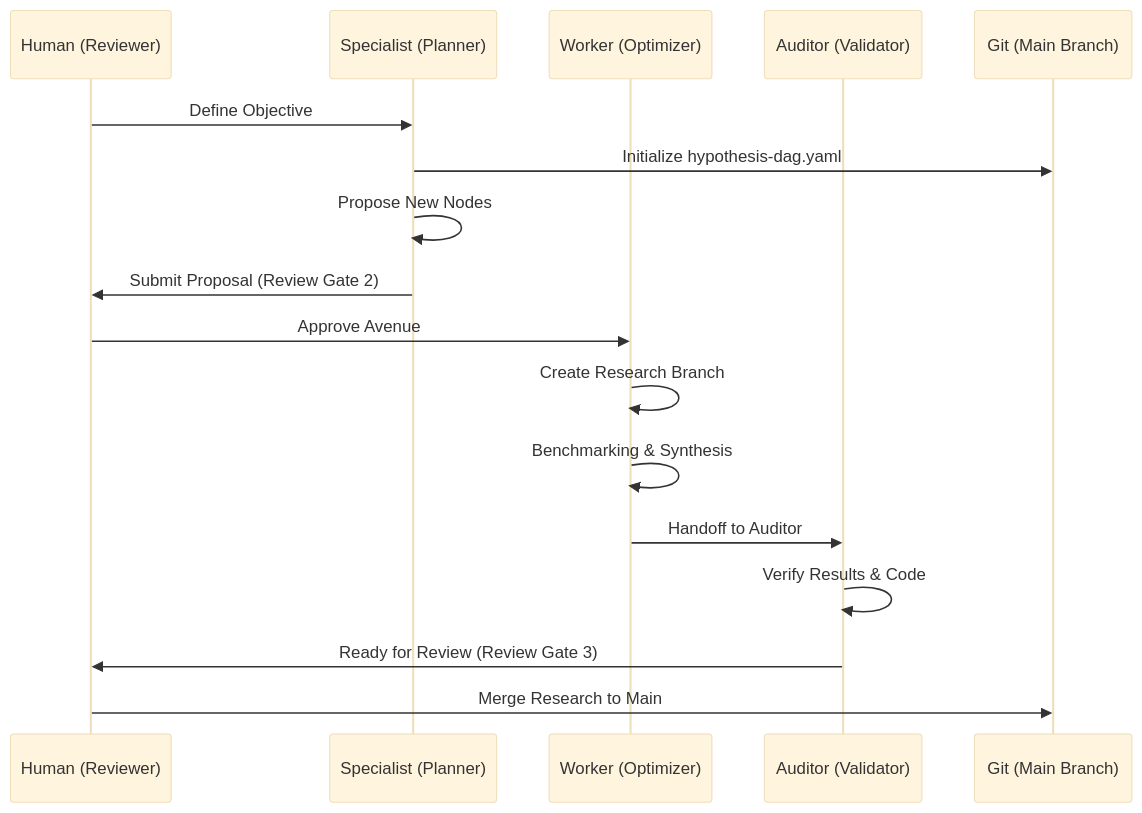
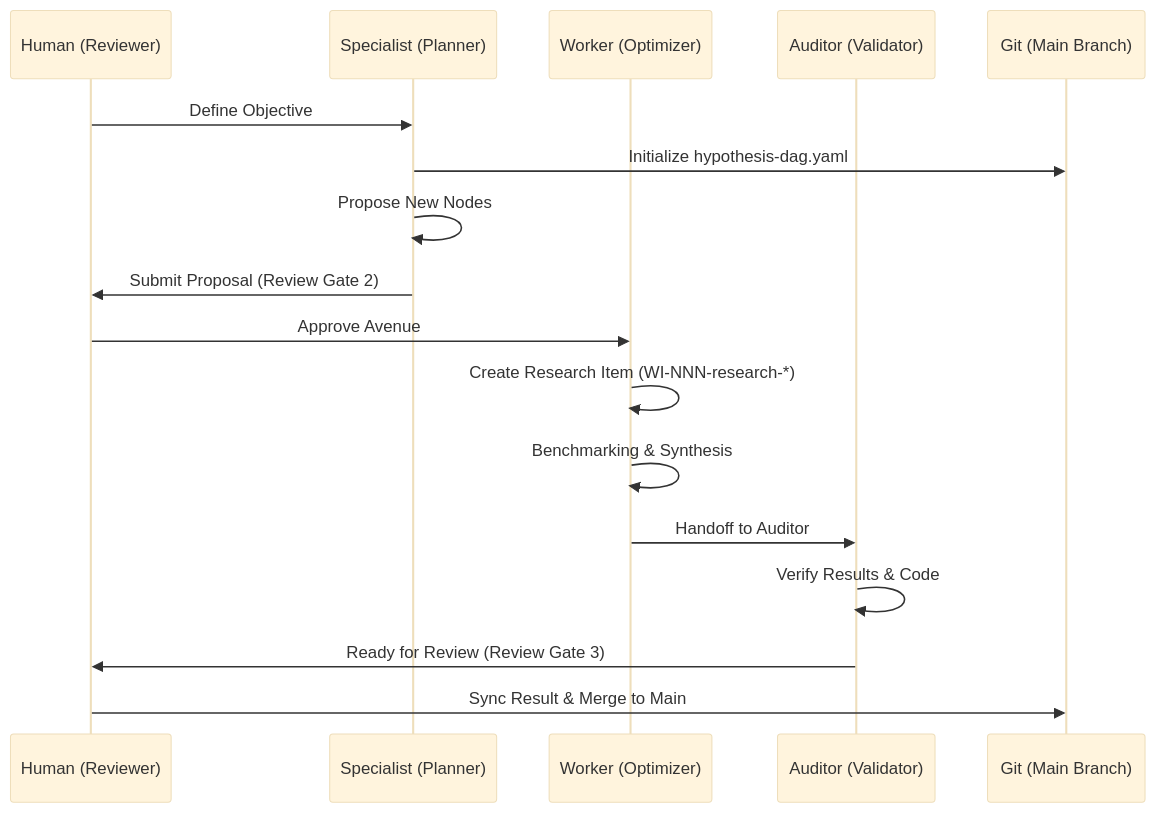
One commit to dermot-obrien/ai-assisted-research changed the second of 2 diagrams in docs/README.md. Above: the diagram before and after it, drawn with Mermaid (base theme). The commit also changed other lines of this file and 24 other files, not shown here.

````diff
--- a/docs/README.md
+++ b/docs/README.md
@@ -36,20 +36,20 @@
 ```mermaid
 sequenceDiagram
     participant H as Human (Reviewer)
     participant S as Specialist (Planner)
     participant W as Worker (Optimizer)
     participant A as Auditor (Validator)
     participant G as Git (Main Branch)
 
     H->>S: Define Objective
     S->>G: Initialize hypothesis-dag.yaml
     S->>S: Propose New Nodes
     S->>H: Submit Proposal (Review Gate 2)
     H->>W: Approve Avenue
-    W->>W: Create Research Branch
+    W->>W: Create Research Item (WI-NNN-research-*)
     W->>W: Benchmarking & Synthesis
     W->>A: Handoff to Auditor
     A->>A: Verify Results & Code
     A->>H: Ready for Review (Review Gate 3)
-    H->>G: Merge Research to Main
+    H->>G: Sync Result & Merge to Main
 ```
````
